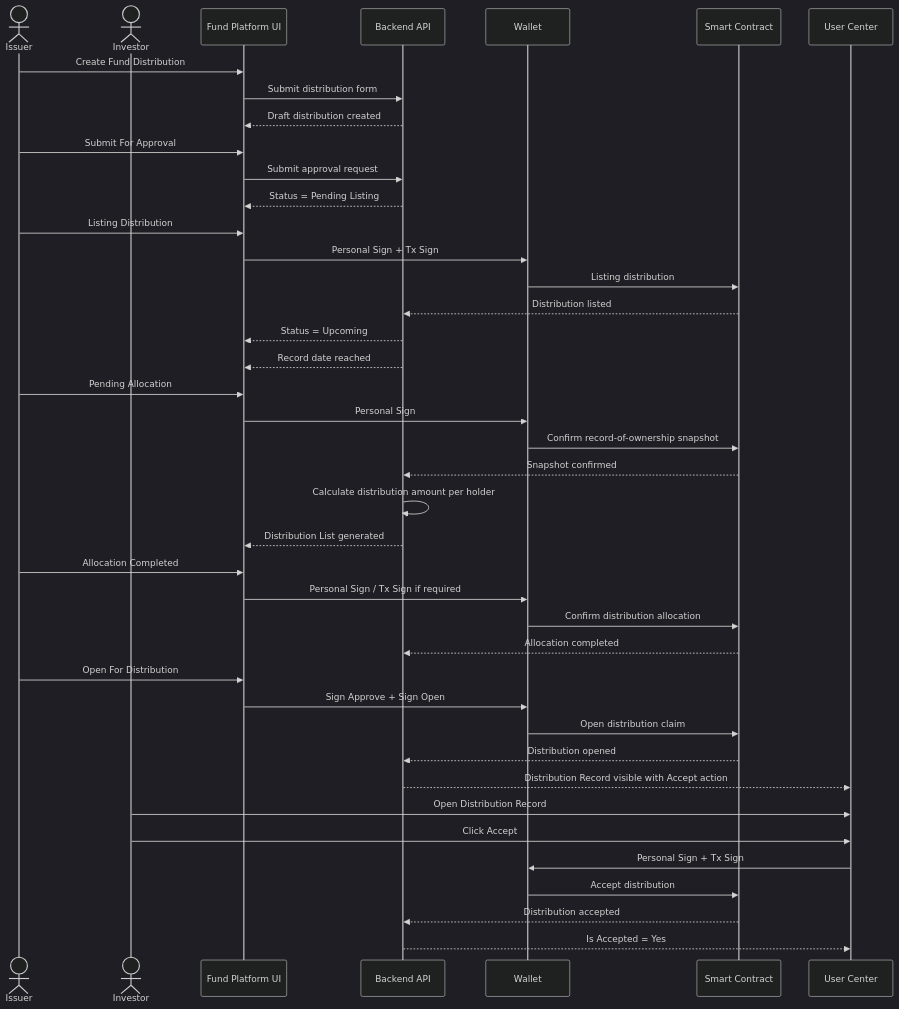
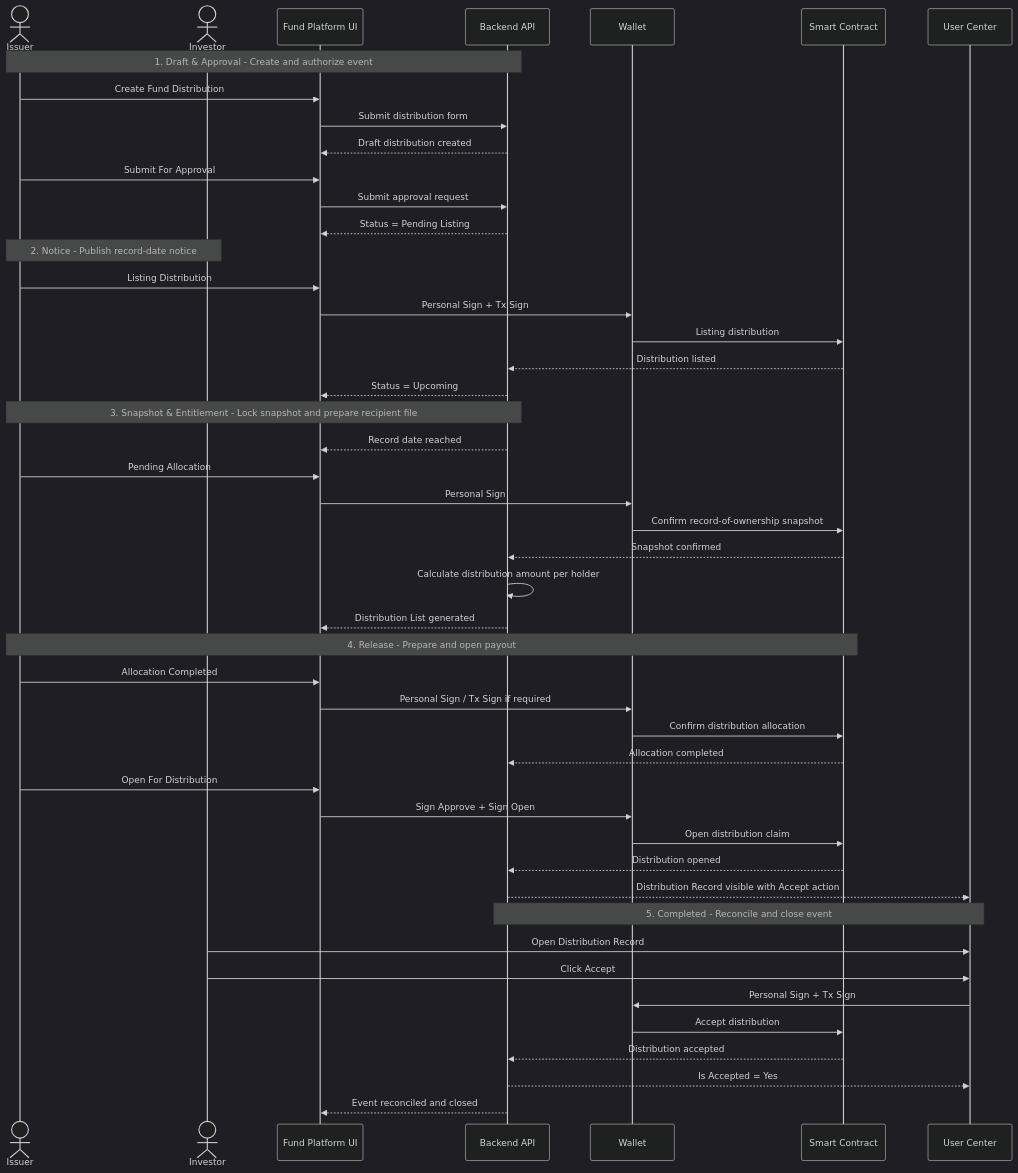
Before and after one commit to JohnLiuSCIE/fund-rwa-demo: the fourth of 4 diagrams in TICKET — Fund RWA 发行平台 全流程 UI.md, drawn with Mermaid (dark theme). The commit also changed other lines of this file and 3 other files, not shown here.

Commit message:
Align fund workflow sequence diagrams

````diff
--- a/TICKET — Fund RWA 发行平台 全流程 UI.md
+++ b/TICKET — Fund RWA 发行平台 全流程 UI.md
@@ -1377,51 +1396,57 @@
 ```mermaid
 sequenceDiagram
     actor Issuer as Issuer
     actor Investor as Investor
     participant UI as Fund Platform UI
     participant API as Backend API
     participant Wallet as Wallet
     participant SC as Smart Contract
     participant User as User Center
 
+    Note over Issuer,API: 1. Draft & Approval - Create and authorize event
     Issuer->>UI: Create Fund Distribution
     UI->>API: Submit distribution form
     API-->>UI: Draft distribution created
 
     Issuer->>UI: Submit For Approval
     UI->>API: Submit approval request
     API-->>UI: Status = Pending Listing
 
+    Note over Issuer,Investor: 2. Notice - Publish record-date notice
     Issuer->>UI: Listing Distribution
     UI->>Wallet: Personal Sign + Tx Sign
     Wallet->>SC: Listing distribution
     SC-->>API: Distribution listed
     API-->>UI: Status = Upcoming
 
+    Note over Issuer,API: 3. Snapshot & Entitlement - Lock snapshot and prepare recipient file
     API-->>UI: Record date reached
     Issuer->>UI: Pending Allocation
     UI->>Wallet: Personal Sign
     Wallet->>SC: Confirm record-of-ownership snapshot
     SC-->>API: Snapshot confirmed
 
     API->>API: Calculate distribution amount per holder
     API-->>UI: Distribution List generated
 
+    Note over Issuer,SC: 4. Release - Prepare and open payout
     Issuer->>UI: Allocation Completed
     UI->>Wallet: Personal Sign / Tx Sign if required
     Wallet->>SC: Confirm distribution allocation
     SC-->>API: Allocation completed
 
     Issuer->>UI: Open For Distribution
     UI->>Wallet: Sign Approve + Sign Open
     Wallet->>SC: Open distribution claim
     SC-->>API: Distribution opened
     API-->>User: Distribution Record visible with Accept action
 
+    Note over API,User: 5. Completed - Reconcile and close event
     Investor->>User: Open Distribution Record
     Investor->>User: Click Accept
     User->>Wallet: Personal Sign + Tx Sign
     Wallet->>SC: Accept distribution
     SC-->>API: Distribution accepted
     API-->>User: Is Accepted = Yes
+    API-->>UI: Event reconciled and closed
 ```
````
